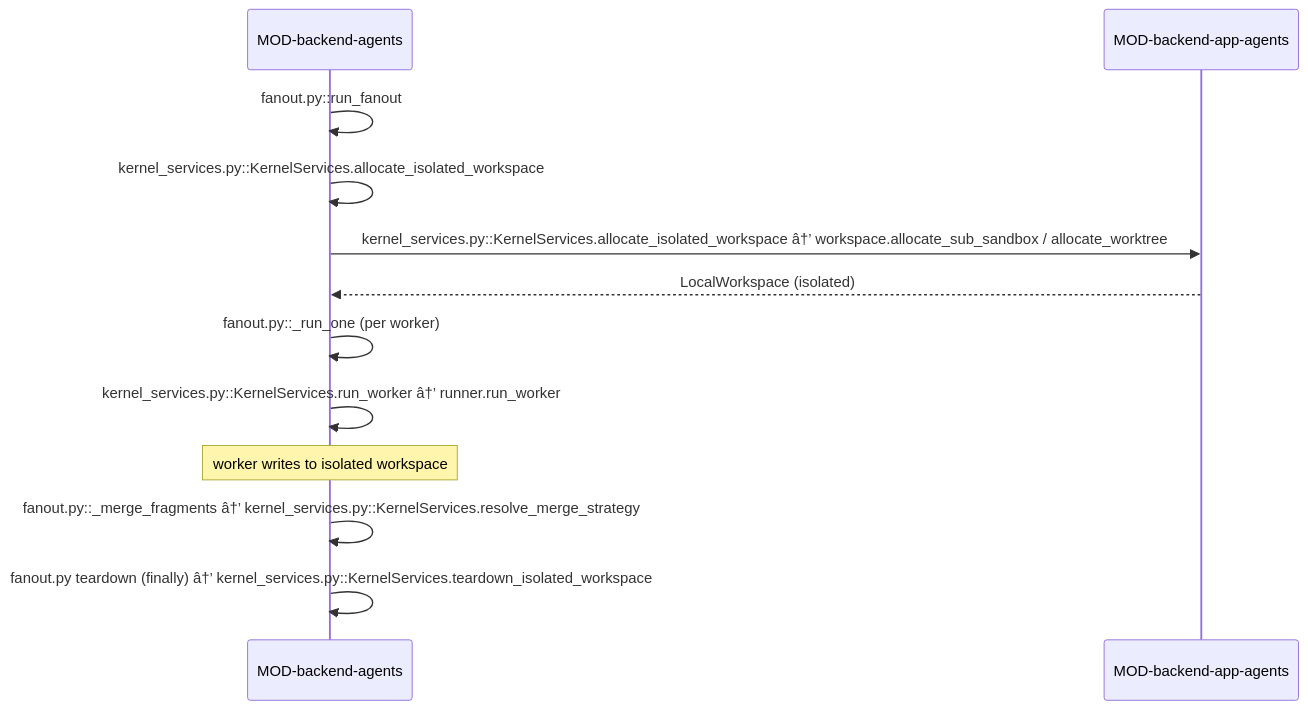
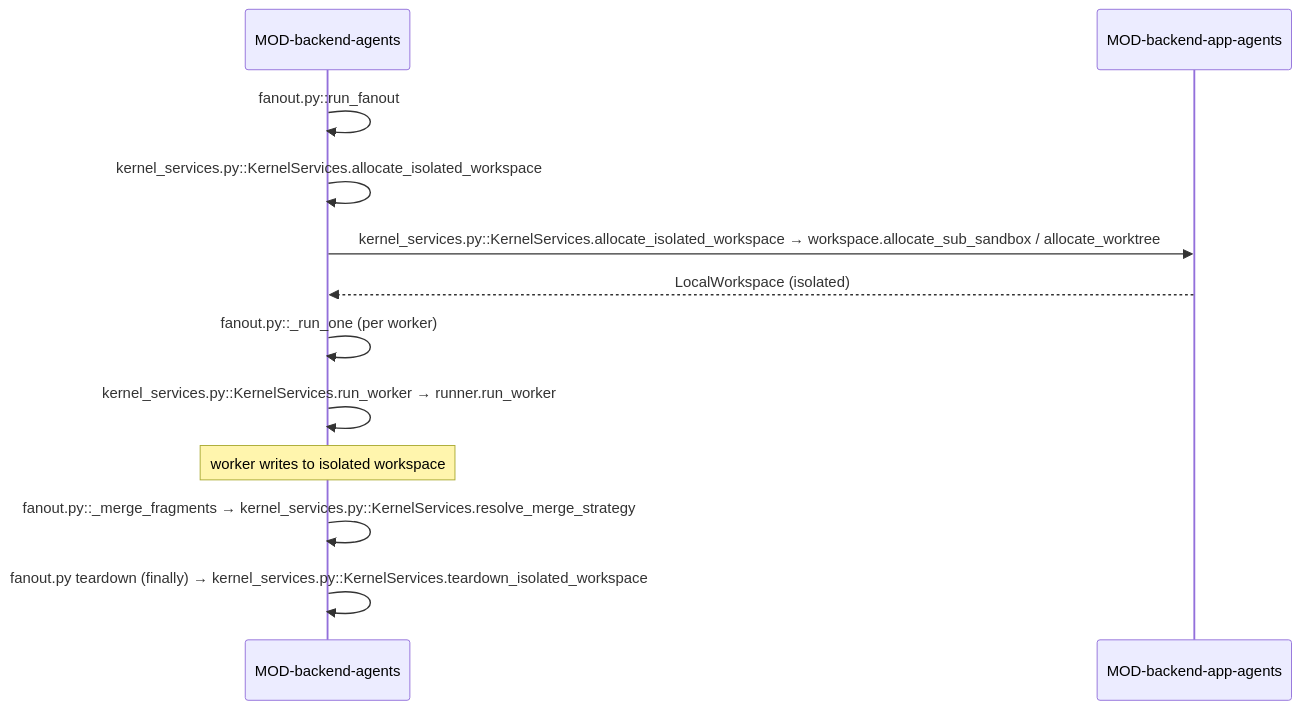
Before and after one commit to prateek-sinha7/IdeaFlowAI: the third of 3 diagrams in .knowledge/architecture/DOMAIN-workspace-isolation.md, drawn with Mermaid. The commit also changed other lines of this file and 4493 other files, not shown here.

````diff
--- a/.knowledge/architecture/DOMAIN-workspace-isolation.md
+++ b/.knowledge/architecture/DOMAIN-workspace-isolation.md
@@ -230,15 +272,15 @@
 ```mermaid
 sequenceDiagram
     participant MOD-backend-agents
     participant MOD-backend-app-agents
 
     MOD-backend-agents->>MOD-backend-agents: fanout.py::run_fanout
     MOD-backend-agents->>MOD-backend-agents: kernel_services.py::KernelServices.allocate_isolated_workspace
-    MOD-backend-agents->>MOD-backend-app-agents: kernel_services.py::KernelServices.allocate_isolated_workspace â†’ workspace.allocate_sub_sandbox / allocate_worktree
+    MOD-backend-agents->>MOD-backend-app-agents: kernel_services.py::KernelServices.allocate_isolated_workspace → workspace.allocate_sub_sandbox / allocate_worktree
     MOD-backend-app-agents-->>MOD-backend-agents: LocalWorkspace (isolated)
     MOD-backend-agents->>MOD-backend-agents: fanout.py::_run_one (per worker)
-    MOD-backend-agents->>MOD-backend-agents: kernel_services.py::KernelServices.run_worker â†’ runner.run_worker
+    MOD-backend-agents->>MOD-backend-agents: kernel_services.py::KernelServices.run_worker → runner.run_worker
     Note over MOD-backend-agents: worker writes to isolated workspace
-    MOD-backend-agents->>MOD-backend-agents: fanout.py::_merge_fragments â†’ kernel_services.py::KernelServices.resolve_merge_strategy
-    MOD-backend-agents->>MOD-backend-agents: fanout.py teardown (finally) â†’ kernel_services.py::KernelServices.teardown_isolated_workspace
+    MOD-backend-agents->>MOD-backend-agents: fanout.py::_merge_fragments → kernel_services.py::KernelServices.resolve_merge_strategy
+    MOD-backend-agents->>MOD-backend-agents: fanout.py teardown (finally) → kernel_services.py::KernelServices.teardown_isolated_workspace
 ```
````
